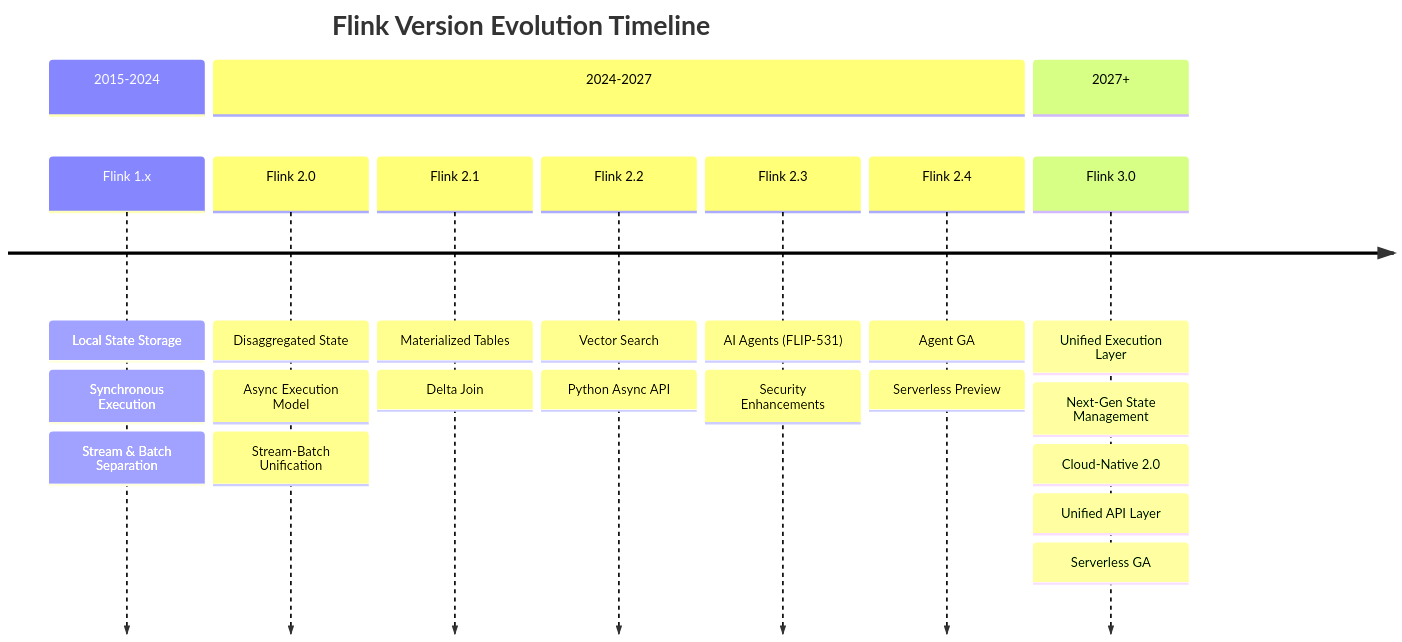
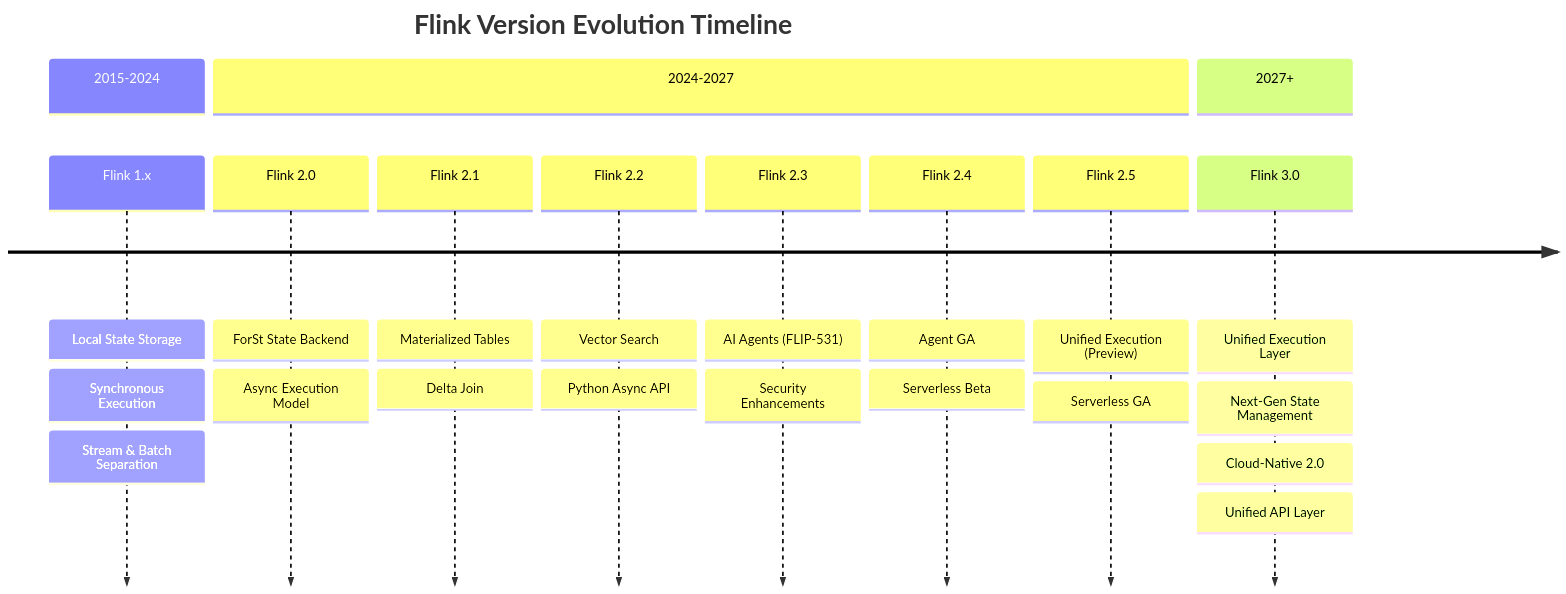
The seventh of 8 diagrams in Flink/08-roadmap/08.01-flink-24/flink-30-architecture-redesign.md (AdaMartin18010/AnalysisDataFlow), drawn with Mermaid before and after one commit. The commit also changed other lines of this file and 28 other files, not shown here.

````diff
--- a/Flink/08-roadmap/08.01-flink-24/flink-30-architecture-redesign.md
+++ b/Flink/08-roadmap/08.01-flink-24/flink-30-architecture-redesign.md
@@ -1378,33 +1347,34 @@
 ```mermaid
 timeline
     title Flink Version Evolution Timeline
 
     section 2015-2024
         Flink 1.x : Local State Storage
                   : Synchronous Execution
                   : Stream & Batch Separation
 
     section 2024-2027
-        Flink 2.0 : Disaggregated State
+        Flink 2.0 : ForSt State Backend
                   : Async Execution Model
-                  : Stream-Batch Unification
 
         Flink 2.1 : Materialized Tables
                   : Delta Join
 
         Flink 2.2 : Vector Search
                   : Python Async API
 
         Flink 2.3 : AI Agents (FLIP-531)
                   : Security Enhancements
 
         Flink 2.4 : Agent GA
-                  : Serverless Preview
+                  : Serverless Beta
+
+        Flink 2.5 : Unified Execution (Preview)
+                  : Serverless GA
 
     section 2027+
         Flink 3.0 : Unified Execution Layer
                   : Next-Gen State Management
                   : Cloud-Native 2.0
                   : Unified API Layer
-                  : Serverless GA
 ```
````
